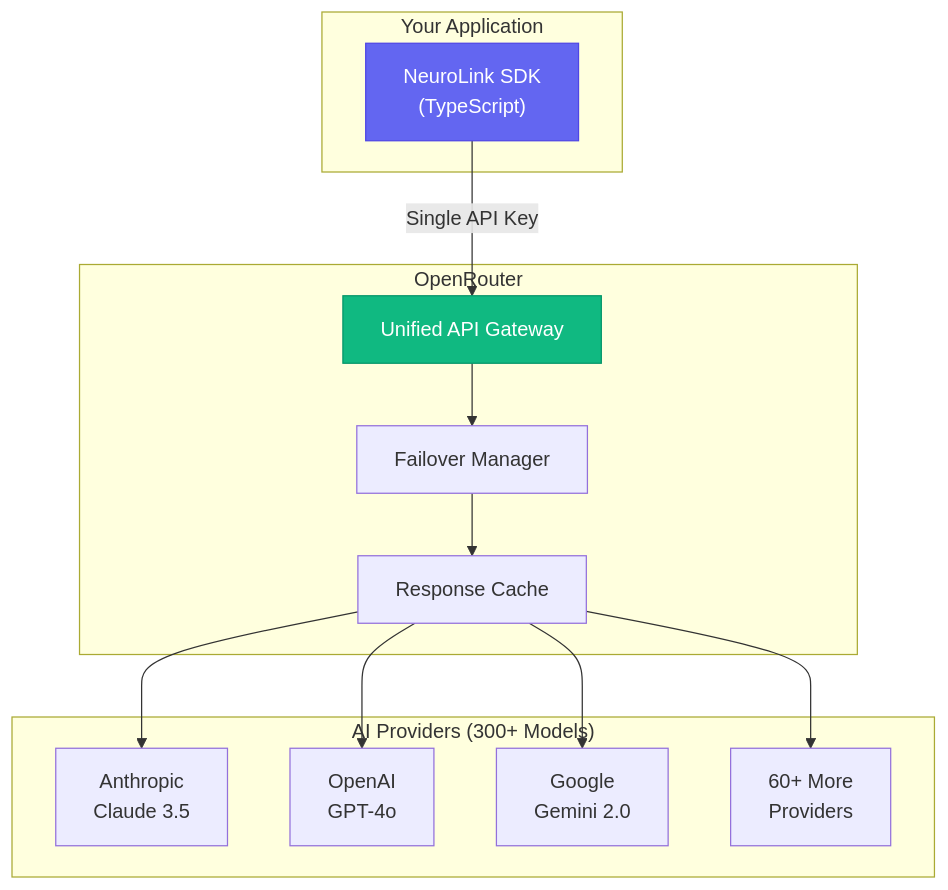
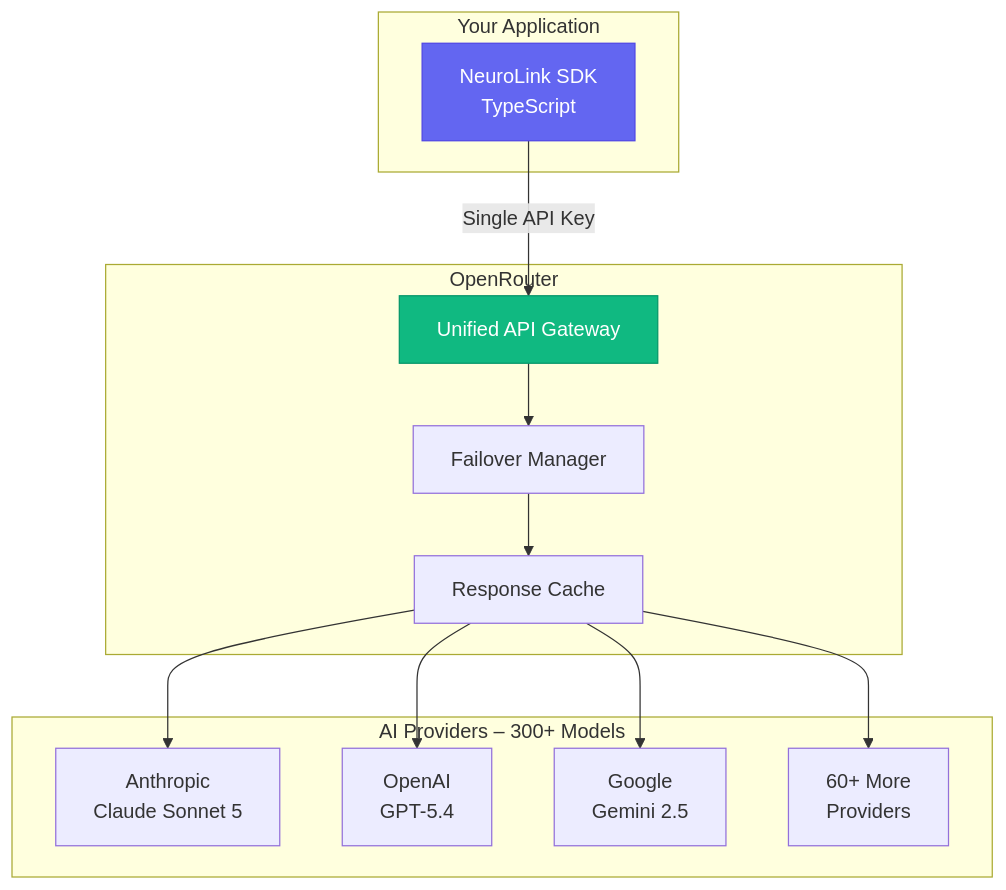
Before and after one commit to juspay/neurolink-blog: the first of 5 diagrams in _posts/2025-12-30-openrouter-integration-guide.md, drawn with Mermaid. The commit also changed other lines of this file and 172 other files, not shown here.

First line of the commit message:
fix(blog): audit every post against NeuroLink v12 and bring it up to date

````diff
--- a/_posts/2025-12-30-openrouter-integration-guide.md
+++ b/_posts/2025-12-30-openrouter-integration-guide.md
@@ -25,26 +28,26 @@
 ```mermaid
 flowchart TB
     subgraph App["Your Application"]
-        NL["NeuroLink SDK<br/>(TypeScript)"]
+        NL["NeuroLink SDK<br/>TypeScript"]
     end
 
     subgraph OR["OpenRouter"]
         Router["Unified API Gateway"]
         FM["Failover Manager"]
         Cache["Response Cache"]
     end
 
-    subgraph Providers["AI Providers (300+ Models)"]
-        ANT["Anthropic<br/>Claude 3.5"]
-        OAI["OpenAI<br/>GPT-4o"]
-        GOO["Google<br/>Gemini 2.0"]
+    subgraph Providers["AI Providers – 300+ Models"]
+        ANT["Anthropic<br/>Claude Sonnet 5"]
+        OAI["OpenAI<br/>GPT-5.4"]
+        GOO["Google<br/>Gemini 2.5"]
         MORE["60+ More<br/>Providers"]
     end
 
     NL -->|"Single API Key"| Router
     Router --> FM --> Cache
     Cache --> ANT & OAI & GOO & MORE
 
     style NL fill:#6366f1,stroke:#4f46e5,color:#fff
     style Router fill:#10b981,stroke:#059669,color:#fff
 ```
````
